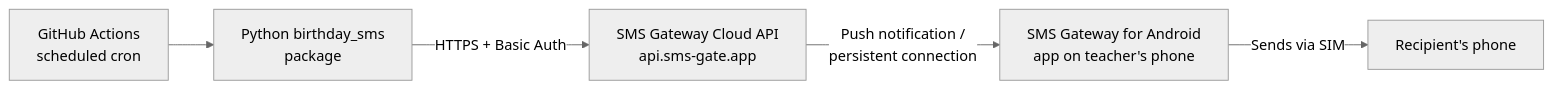
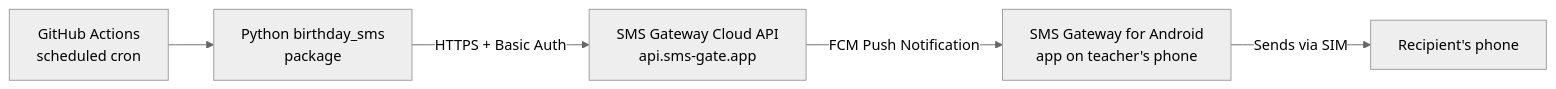
Before and after one commit to Manas-Dikshit/Messenger_Automation: the first of 5 diagrams in docs/ARCHITECTURE.md, drawn with Mermaid (neutral theme). The commit also changed other lines of this file and 13 other files, not shown here.

Commit message:
docs & features: update architecture docs, delivery tracking, and run summary

````diff
--- a/docs/ARCHITECTURE.md
+++ b/docs/ARCHITECTURE.md
@@ -24,7 +24,7 @@
 ```mermaid
 flowchart LR
     A[GitHub Actions\nscheduled cron] --> B[Python birthday_sms\npackage]
     B -->|HTTPS + Basic Auth| C[SMS Gateway Cloud API\napi.sms-gate.app]
-    C -->|Push notification /\npersistent connection| D[SMS Gateway for Android\napp on teacher's phone]
+    C -->|FCM Push Notification| D[SMS Gateway for Android\napp on teacher's phone]
     D -->|Sends via SIM| E[Recipient's phone]
 ```
````
